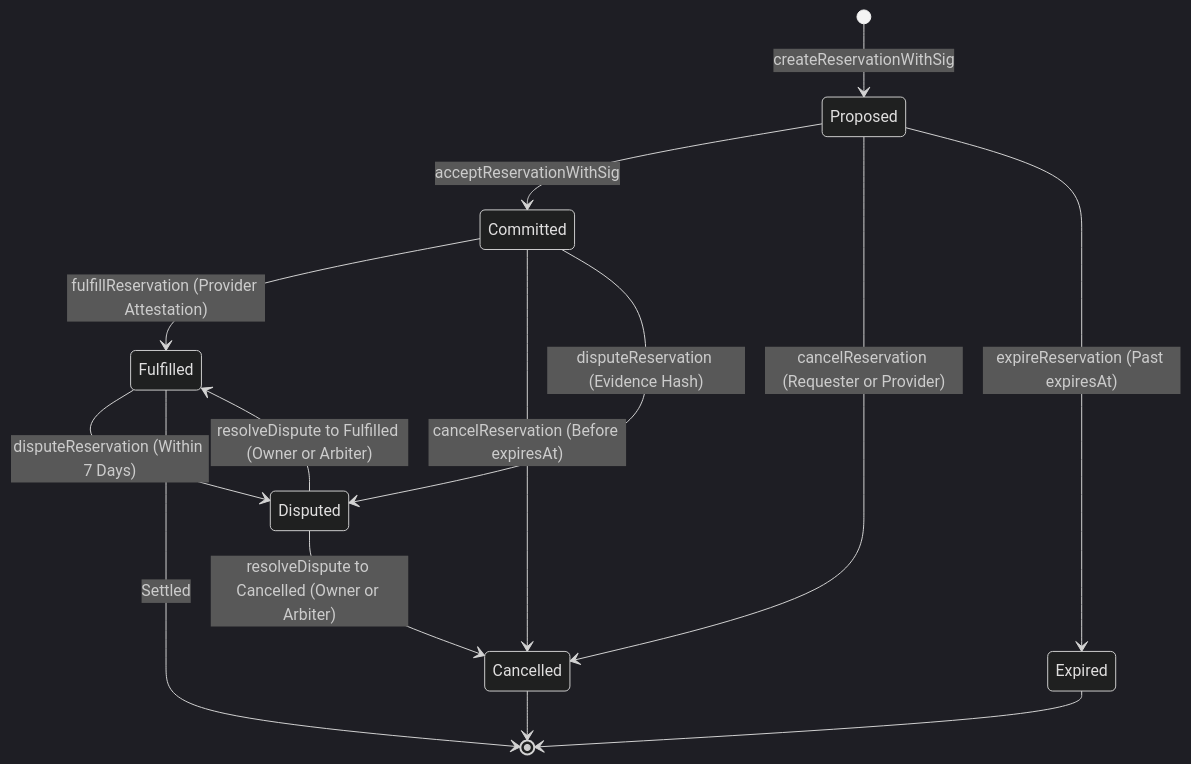
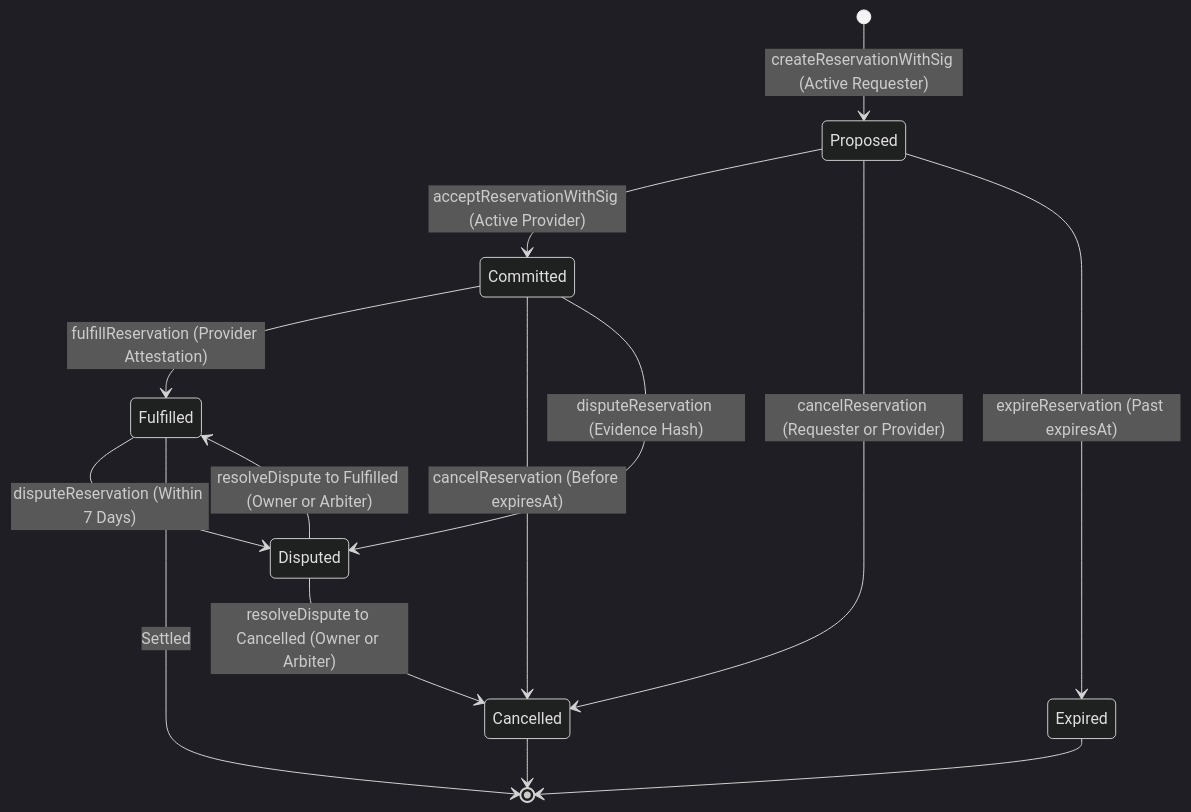
The third of 3 diagrams in README.md (omkar0075/blockchain), drawn with Mermaid (dark theme) before and after one commit. The commit also changed other lines of this file, not shown here.

````diff
--- a/README.md
+++ b/README.md
@@ -203,20 +222,20 @@
 ```mermaid
 stateDiagram-v2
-    [*] --> Proposed: createReservationWithSig
-    Proposed --> Committed: acceptReservationWithSig
+    [*] --> Proposed: createReservationWithSig (Active Requester)
+    Proposed --> Committed: acceptReservationWithSig (Active Provider)
     Proposed --> Cancelled: cancelReservation (Requester or Provider)
     Proposed --> Expired: expireReservation (Past expiresAt)
     
     Committed --> Fulfilled: fulfillReservation (Provider Attestation)
     Committed --> Cancelled: cancelReservation (Before expiresAt)
     Committed --> Disputed: disputeReservation (Evidence Hash)
     
     Fulfilled --> Disputed: disputeReservation (Within 7 Days)
     Fulfilled --> [*]: Settled
     
     Disputed --> Fulfilled: resolveDispute to Fulfilled (Owner or Arbiter)
     Disputed --> Cancelled: resolveDispute to Cancelled (Owner or Arbiter)
     
     Cancelled --> [*]
     Expired --> [*]
 ```
````
